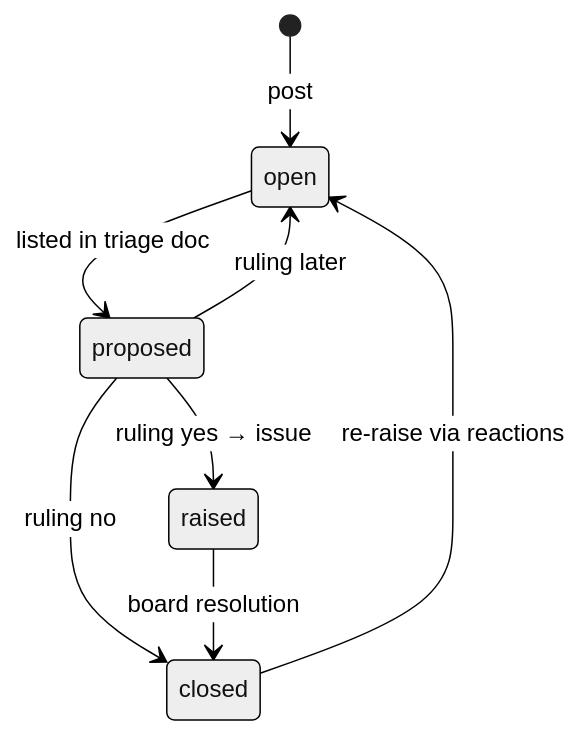
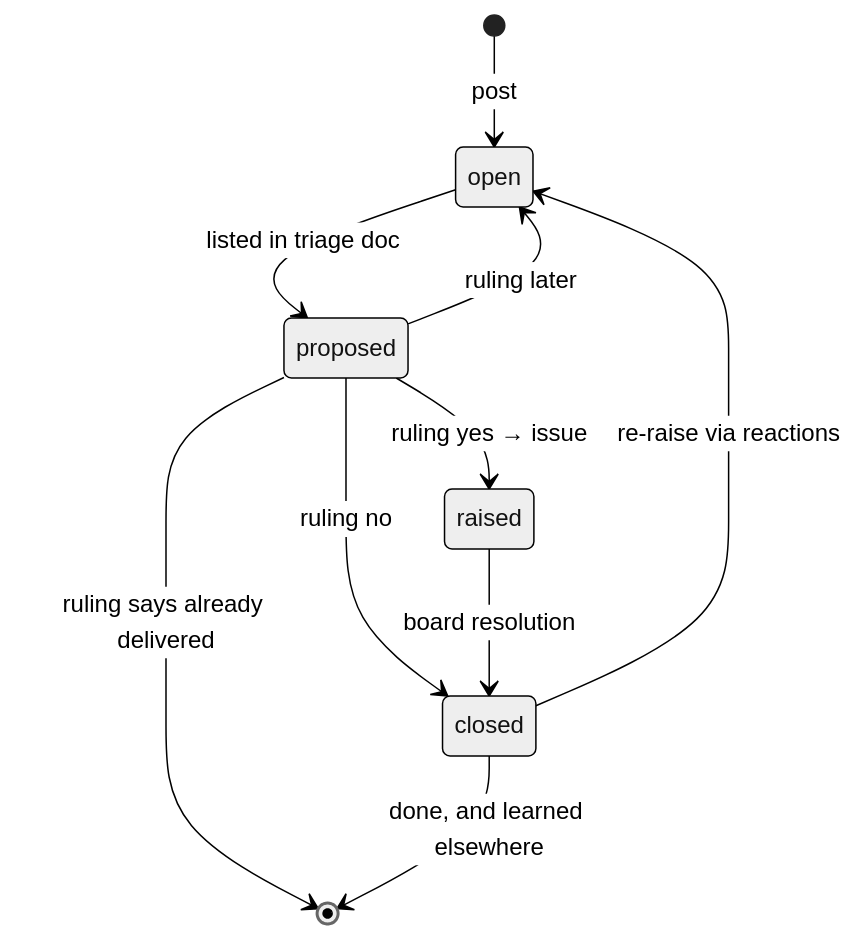
One commit to pvginkel/FieldnotesApp changed the second of 2 diagrams in docs/design.md. Above: the diagram before and after it, drawn with Mermaid (neutral theme). The commit also changed other lines of this file and 11 other files, not shown here.

````diff
--- a/docs/design.md
+++ b/docs/design.md
@@ -283,10 +305,12 @@
 ```mermaid
 stateDiagram-v2
   [*] --> open: post
   open --> proposed: listed in triage doc
   proposed --> raised: ruling yes → issue
   proposed --> closed: ruling no
   proposed --> open: ruling later
+  proposed --> [*]: ruling says already delivered
   raised --> closed: board resolution
   closed --> open: re-raise via reactions
+  closed --> [*]: done, and learned elsewhere
 ```
````
